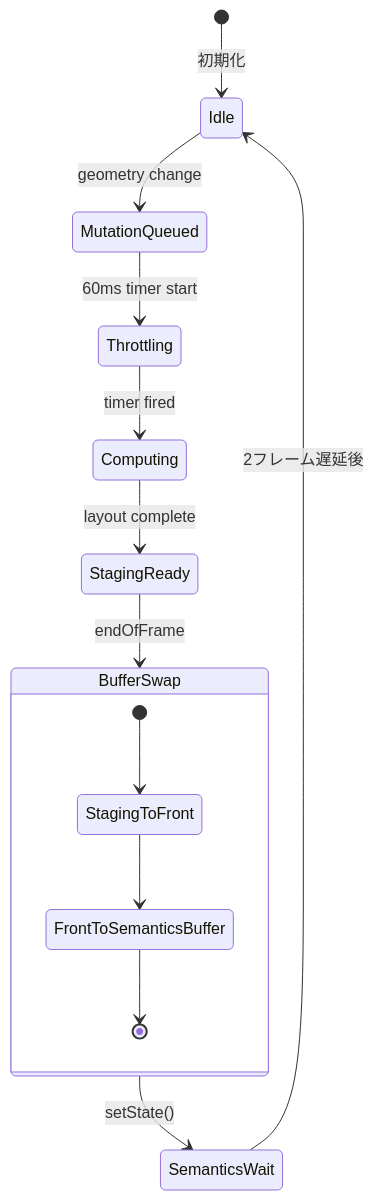
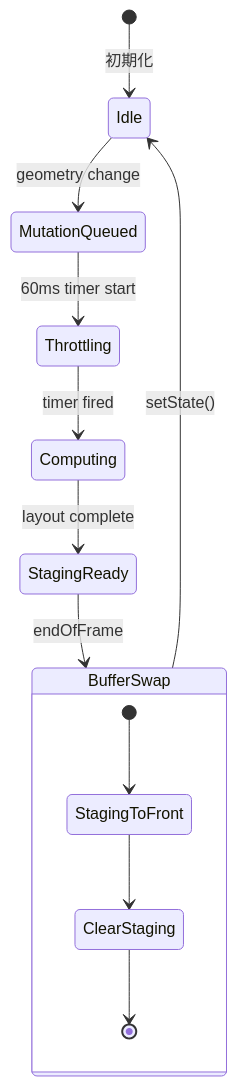
Before and after one commit to lietsee/clip-pix: the seventh of 10 diagrams in docs/architecture/grid_rendering_pipeline.md, drawn with Mermaid. The commit also changed other lines of this file and 14 other files, not shown here.

````diff
--- a/docs/architecture/grid_rendering_pipeline.md
+++ b/docs/architecture/grid_rendering_pipeline.md
@@ -404,21 +346,19 @@
 ```mermaid
 stateDiagram-v2
     [*] --> Idle: 初期化
 
     Idle --> MutationQueued: geometry change
     MutationQueued --> Throttling: 60ms timer start
 
     Throttling --> Computing: timer fired
     Computing --> StagingReady: layout complete
 
     StagingReady --> BufferSwap: endOfFrame
-    BufferSwap --> SemanticsWait: setState()
-
-    SemanticsWait --> Idle: 2フレーム遅延後
+    BufferSwap --> Idle: setState()
 
     state BufferSwap {
         [*] --> StagingToFront
-        StagingToFront --> FrontToSemanticsBuffer
-        FrontToSemanticsBuffer --> [*]
+        StagingToFront --> ClearStaging
+        ClearStaging --> [*]
     }
 ```
````
